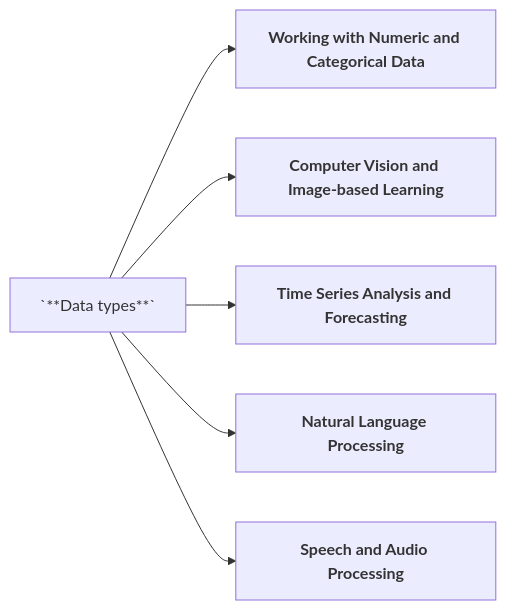
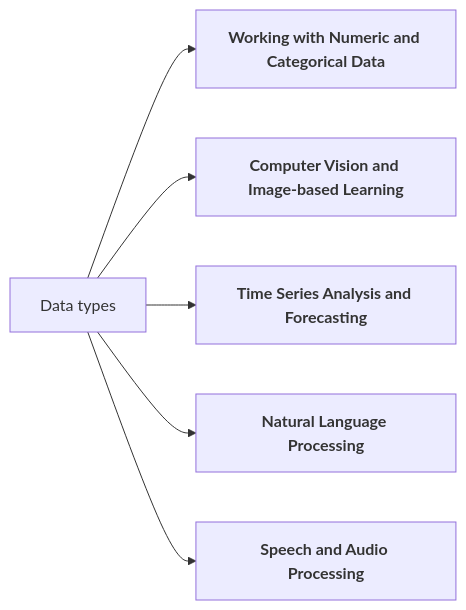
The diagram in docs/mlpaths.md (ua-datalab/ua-datalab.github.io), drawn with Mermaid before and after one commit.

````diff
--- a/docs/mlpaths.md
+++ b/docs/mlpaths.md
@@ -6,14 +6,14 @@
 ```mermaid
   flowchart LR;
-      A@{shape:processes, label: "`**Data types**`"}-->B["`**Working with Numeric and Categorical Data**`"];
+      A@{shape:processes, label: "Data types"}-->B["`**Working with Numeric and Categorical Data**`"];
       A-->C["`**Computer Vision and Image-based Learning**`"];
       A-->D["`**Time Series Analysis and Forecasting**`"];
       A-->E["`**Natural Language Processing**`"];
       A-->F["`**Speech and Audio Processing**`"];
-      click B href "paths/numeric.md" "Open this in a new tab" _blank
-      click C href "paths/images.md" "Open this in a new tab" _blank
-      click D href "paths/tseries.md" "Open this in a new tab" _blank
-      click E href "paths/nlp.md" "Open this in a new tab" _blank
-      click F href "paths/speech.md" "Open this in a new tab" _blank
+      click B href "https://ua-datalab.github.io/mlpaths/paths/numeric.md" "Open this in a new tab" _blank
+      click C href "https://ua-datalab.github.io/mlpaths/paths/images.md" "Open this in a new tab" _blank
+      click D href "https://ua-datalab.github.io/mlpaths/paths/tseries.md" "Open this in a new tab" _blank
+      click E href "https://ua-datalab.github.io/mlpaths/paths/nlp.md" "Open this in a new tab" _blank
+      click F href "https://ua-datalab.github.io/mlpaths/paths/speech.md" "Open this in a new tab" _blank
 
 ```
````
